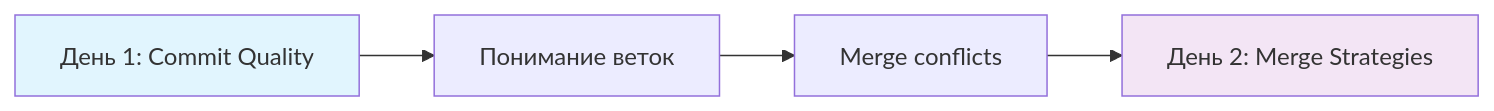
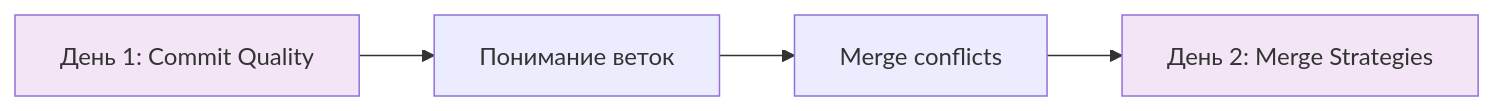
The diagram in content/posts/day-01-git.md (devitway/devopsway-blog), drawn with Mermaid before and after one commit. The commit also changed other lines of this file, not shown here.

```diff
--- a/content/posts/day-01-git.md
+++ b/content/posts/day-01-git.md
@@ -993,8 +993,8 @@
 {{< mermaid >}}
 graph LR
 A[День 1: Commit Quality] --> B[Понимание веток]
 B --> C[Merge conflicts]
 C --> D[День 2: Merge Strategies]
-style A fill:#e1f5fe
+style A fill:#f3e5f5
 style D fill:#f3e5f5
 {{< /mermaid >}}
```
